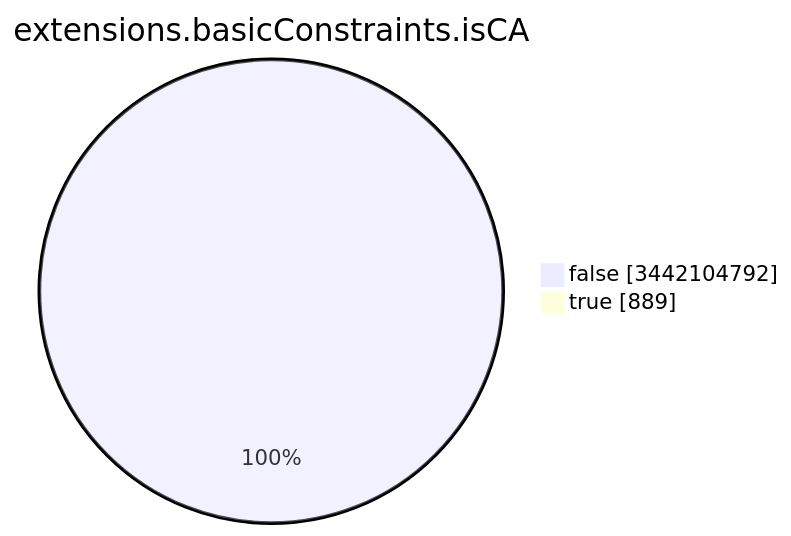
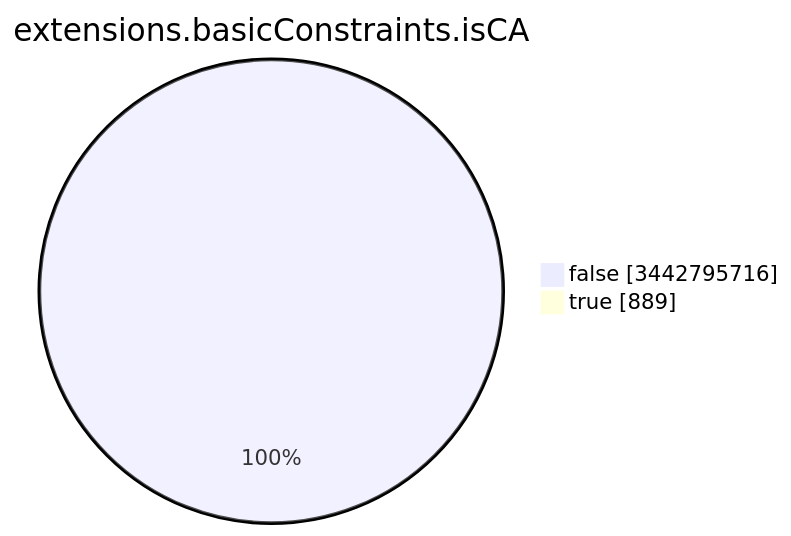
One commit to christiankrug/ctmonitor_visualization changed the seventh of 15 diagrams in TOTAL/README.md. Above: the diagram before and after it, drawn with Mermaid. The commit also changed other lines of this file, not shown here.

````diff
--- a/TOTAL/README.md
+++ b/TOTAL/README.md
@@ -3092,6 +3092,6 @@
 ```mermaid
 pie showData
 title extensions.basicConstraints.isCA
-"false" :3442104792
+"false" :3442795716
 "true" :889
 ```
````
